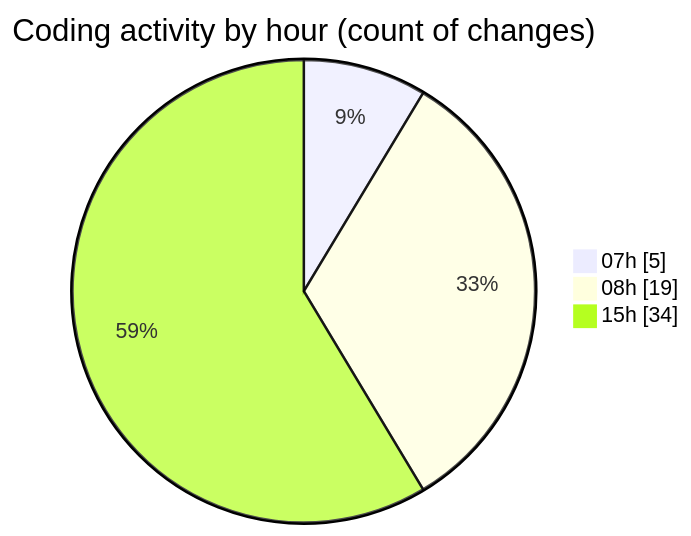
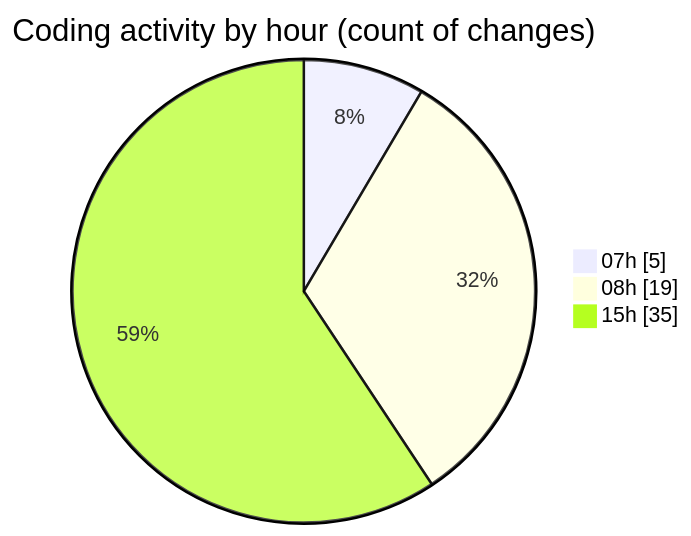
The second of 2 diagrams in 2025-02-07/mbc-web/README.md (robertbonfada/code-tracking), drawn with Mermaid before and after one commit. The commit also changed other lines of this file and 1 other file, not shown here.

````diff
--- a/2025-02-07/mbc-web/README.md
+++ b/2025-02-07/mbc-web/README.md
@@ -37,7 +37,7 @@
 ```mermaid
 pie showData
 title Coding activity by hour (count of changes)
 "07h" : 5
 "08h" : 19
-"15h" : 34
+"15h" : 35
 ```
````
